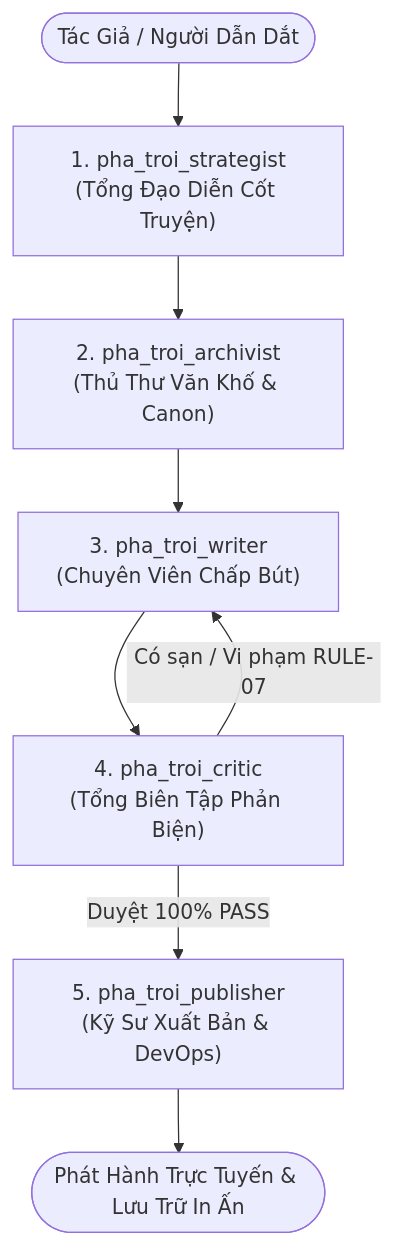
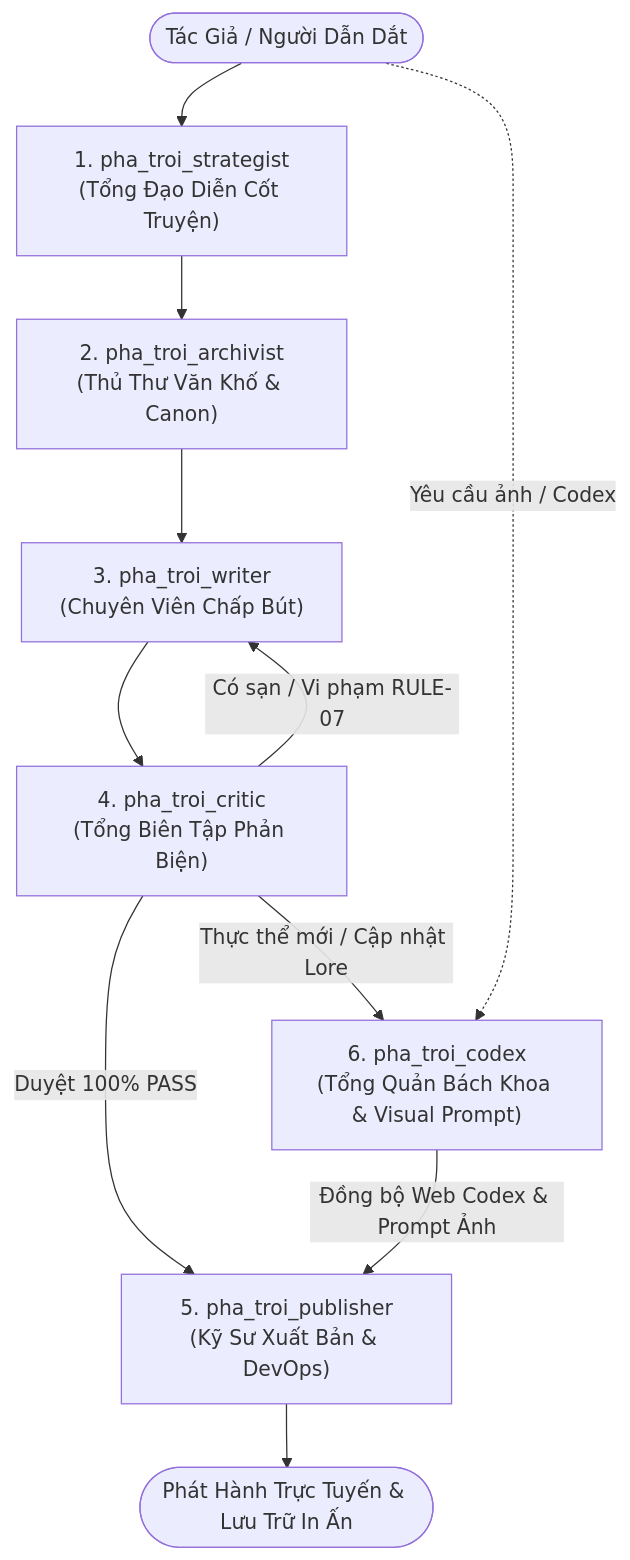
One commit to bon-231900/pha-troi changed the diagram in docs/STUDIO_AGENTS.md. Above: the diagram before and after it, drawn with Mermaid. The commit also changed other lines of this file and 5 other files, not shown here.

Commit message:
feat(codex): thanh lap sub-agent pha_troi_codex, he thong hoa codex registry va nang cap dynamic codex web reader

````diff
--- a/docs/STUDIO_AGENTS.md
+++ b/docs/STUDIO_AGENTS.md
@@ -13,10 +13,13 @@
 ```mermaid
 flowchart TD
     Author([Tác Giả / Người Dẫn Dắt]) --> Strategist["1. pha_troi_strategist\n(Tổng Đạo Diễn Cốt Truyện)"]
+    Author -. Yêu cầu ảnh / Codex .-> Codex["6. pha_troi_codex\n(Tổng Quản Bách Khoa & Visual Prompt)"]
     Strategist --> Archivist["2. pha_troi_archivist\n(Thủ Thư Văn Khố & Canon)"]
     Archivist --> Writer["3. pha_troi_writer\n(Chuyên Viên Chấp Bút)"]
     Writer --> Critic["4. pha_troi_critic\n(Tổng Biên Tập Phản Biện)"]
     Critic -- Có sạn / Vi phạm RULE-07 --> Writer
     Critic -- Duyệt 100% PASS --> Publisher["5. pha_troi_publisher\n(Kỹ Sư Xuất Bản & DevOps)"]
+    Critic -- Thực thể mới / Cập nhật Lore --> Codex
+    Codex -- Đồng bộ Web Codex & Prompt Ảnh --> Publisher
     Publisher --> Deploy([Phát Hành Trực Tuyến & Lưu Trữ In Ấn])
 ```
````
